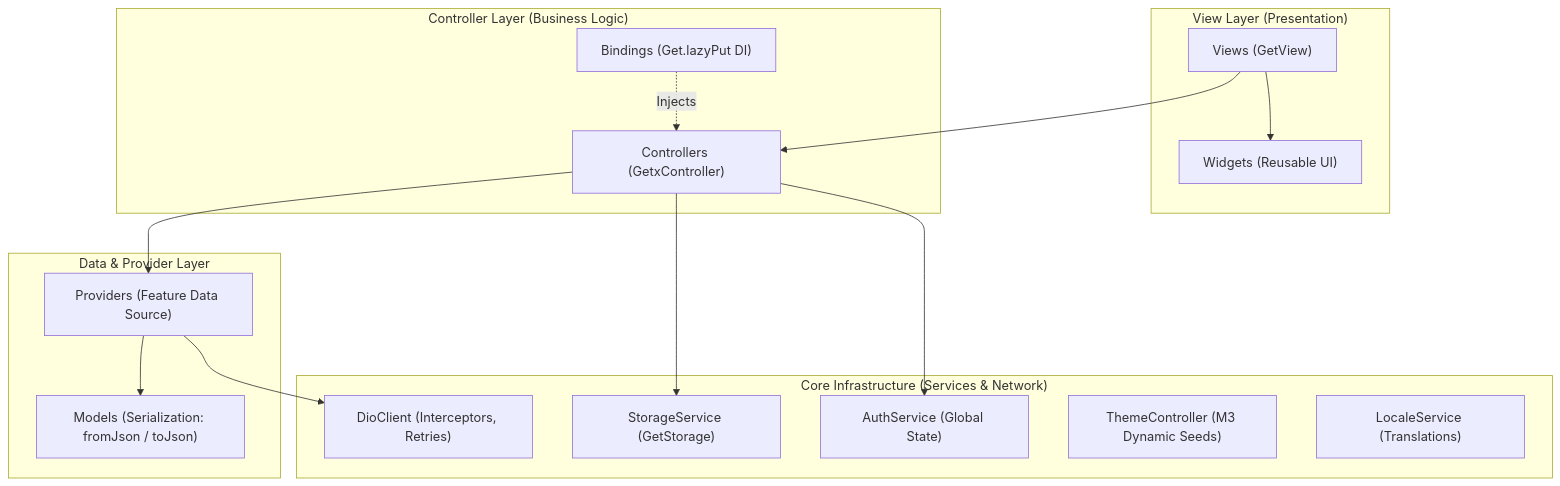
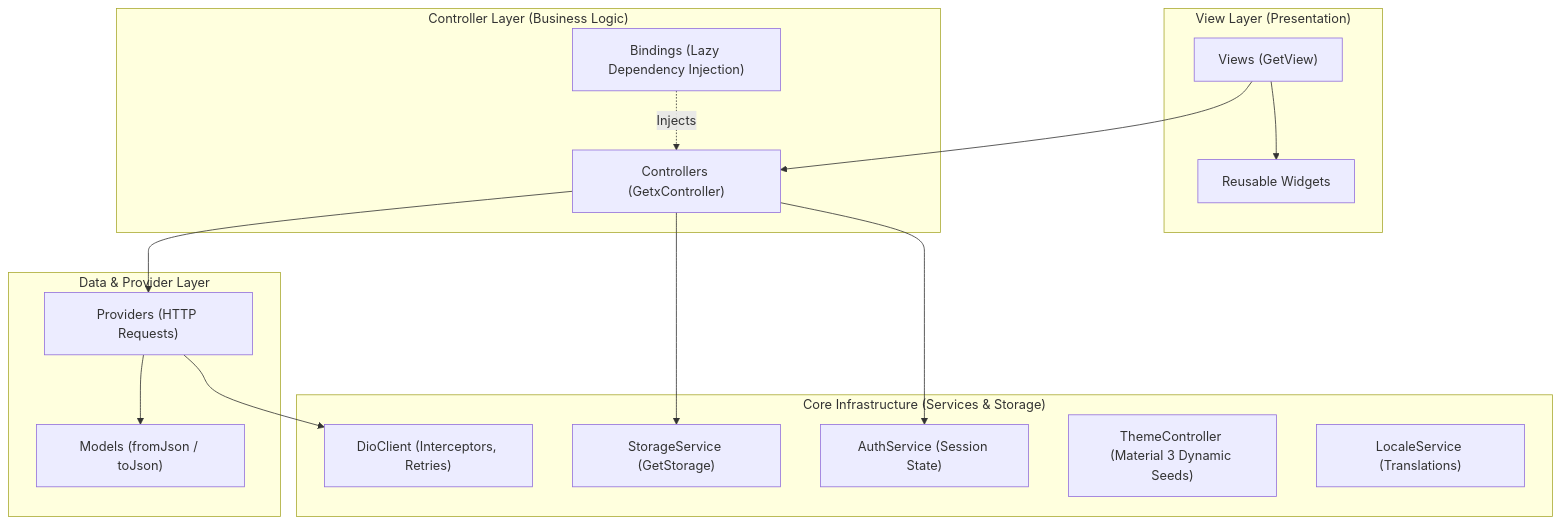
One commit to SheikhAman/flutter-getx-mvc-boilerplate changed the first of 5 diagrams in README.md. Above: the diagram before and after it, drawn with Mermaid. The commit also changed other lines of this file and 35 other files, not shown here.

````diff
--- a/README.md
+++ b/README.md
@@ -61,33 +70,33 @@
 ```mermaid
-graph TD
+flowchart TD
     subgraph UI ["View Layer (Presentation)"]
         V["Views (GetView)"]
-        W["Widgets (Reusable UI)"]
+        W["Reusable Widgets"]
         V --> W
     end
 
     subgraph State ["Controller Layer (Business Logic)"]
         C["Controllers (GetxController)"]
-        B["Bindings (Get.lazyPut DI)"]
+        B["Bindings (Lazy Dependency Injection)"]
         B -. Injects .-> C
         V --> C
     end
 
     subgraph Data ["Data & Provider Layer"]
-        P["Providers (Feature Data Source)"]
-        M["Models (Serialization: fromJson / toJson)"]
+        P["Providers (HTTP Requests)"]
+        M["Models (fromJson / toJson)"]
         C --> P
         P --> M
     end
 
-    subgraph Core ["Core Infrastructure (Services & Network)"]
+    subgraph Core ["Core Infrastructure (Services & Storage)"]
         DIO["DioClient (Interceptors, Retries)"]
         ST["StorageService (GetStorage)"]
-        AUTH["AuthService (Global State)"]
-        THEME["ThemeController (M3 Dynamic Seeds)"]
+        AUTH["AuthService (Session State)"]
+        THEME["ThemeController (Material 3 Dynamic Seeds)"]
         LOCALE["LocaleService (Translations)"]
         P --> DIO
         C --> ST
         C --> AUTH
     end
 ```
````
